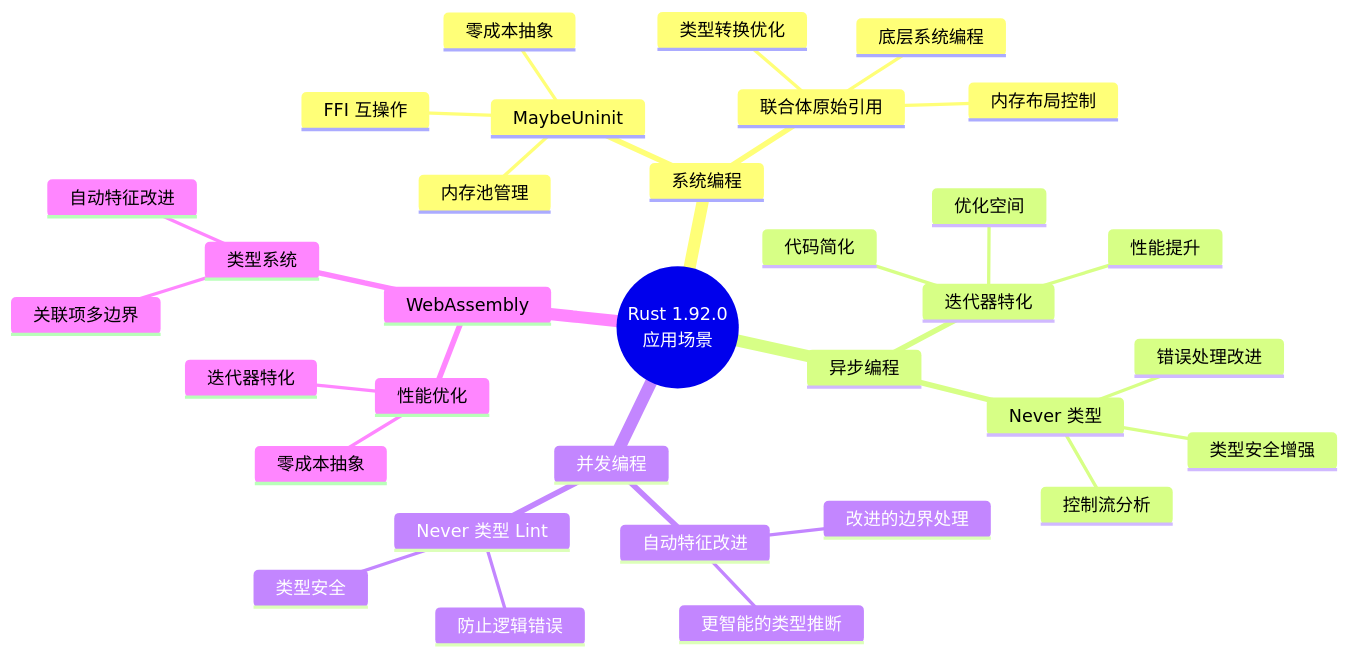
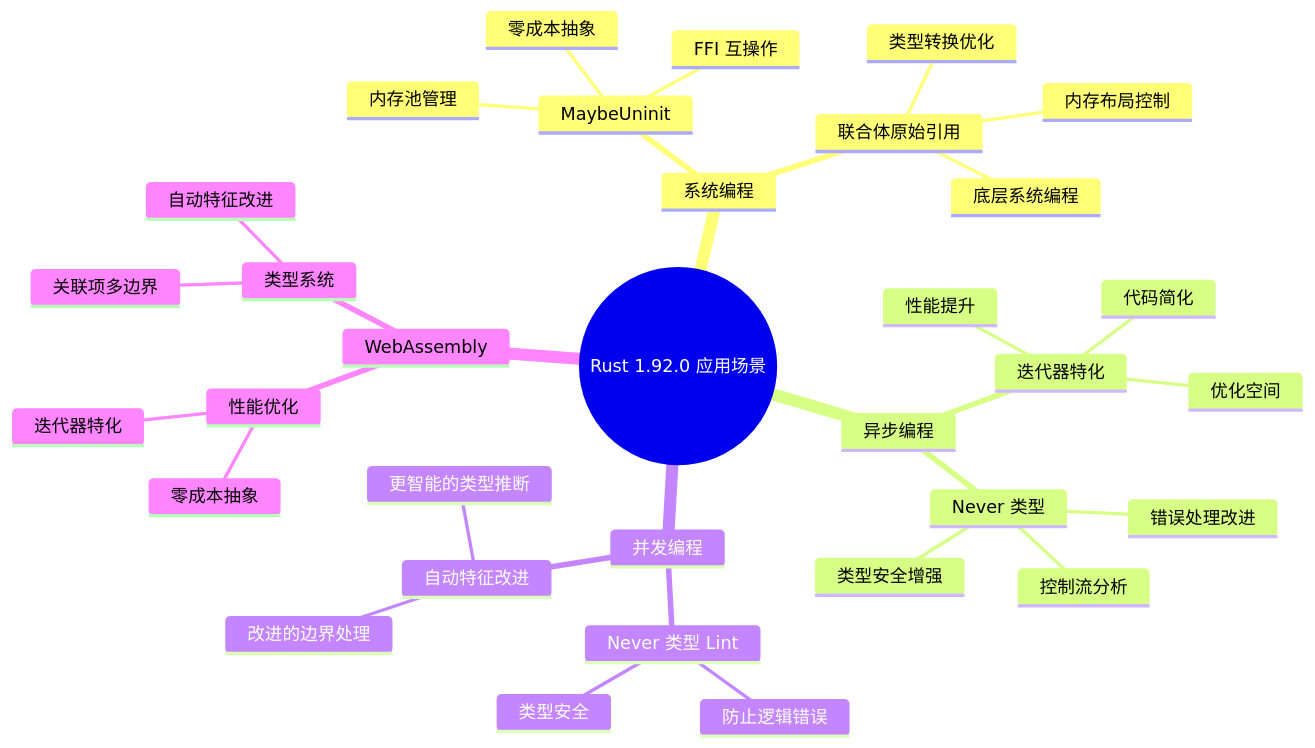
One commit to martin-ly/rust-lang changed the second of 10 diagrams in docs/RUST_192_THINKING_REPRESENTATION_COMPREHENSIVE.md. Above: the diagram before and after it, drawn with Mermaid. The commit also changed other lines of this file and 42 other files, not shown here.

````diff
--- a/docs/RUST_192_THINKING_REPRESENTATION_COMPREHENSIVE.md
+++ b/docs/RUST_192_THINKING_REPRESENTATION_COMPREHENSIVE.md
@@ -142,36 +142,36 @@
 ```mermaid
 mindmap
-  root((Rust 1.92.0<br/>应用场景))
+  root((Rust 1.92.0 应用场景))
     系统编程
       MaybeUninit
         内存池管理
         零成本抽象
         FFI 互操作
       联合体原始引用
         类型转换优化
         内存布局控制
         底层系统编程
     异步编程
       迭代器特化
         性能提升
         代码简化
         优化空间
       Never 类型
         错误处理改进
         控制流分析
         类型安全增强
     并发编程
       Never 类型 Lint
         类型安全
         防止逻辑错误
       自动特征改进
         更智能的类型推断
         改进的边界处理
     WebAssembly
       性能优化
         迭代器特化
         零成本抽象
       类型系统
         关联项多边界
         自动特征改进
 ```
````
